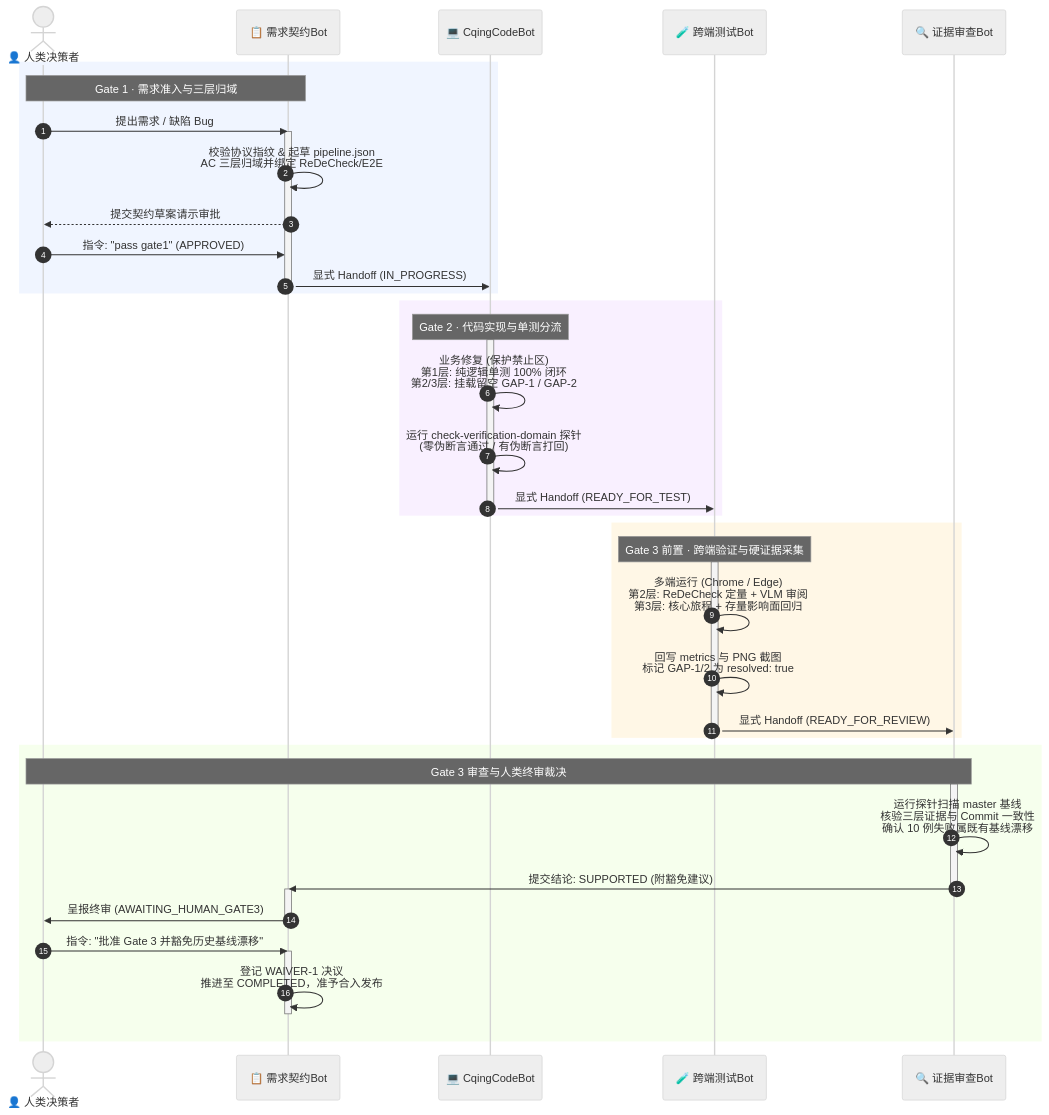
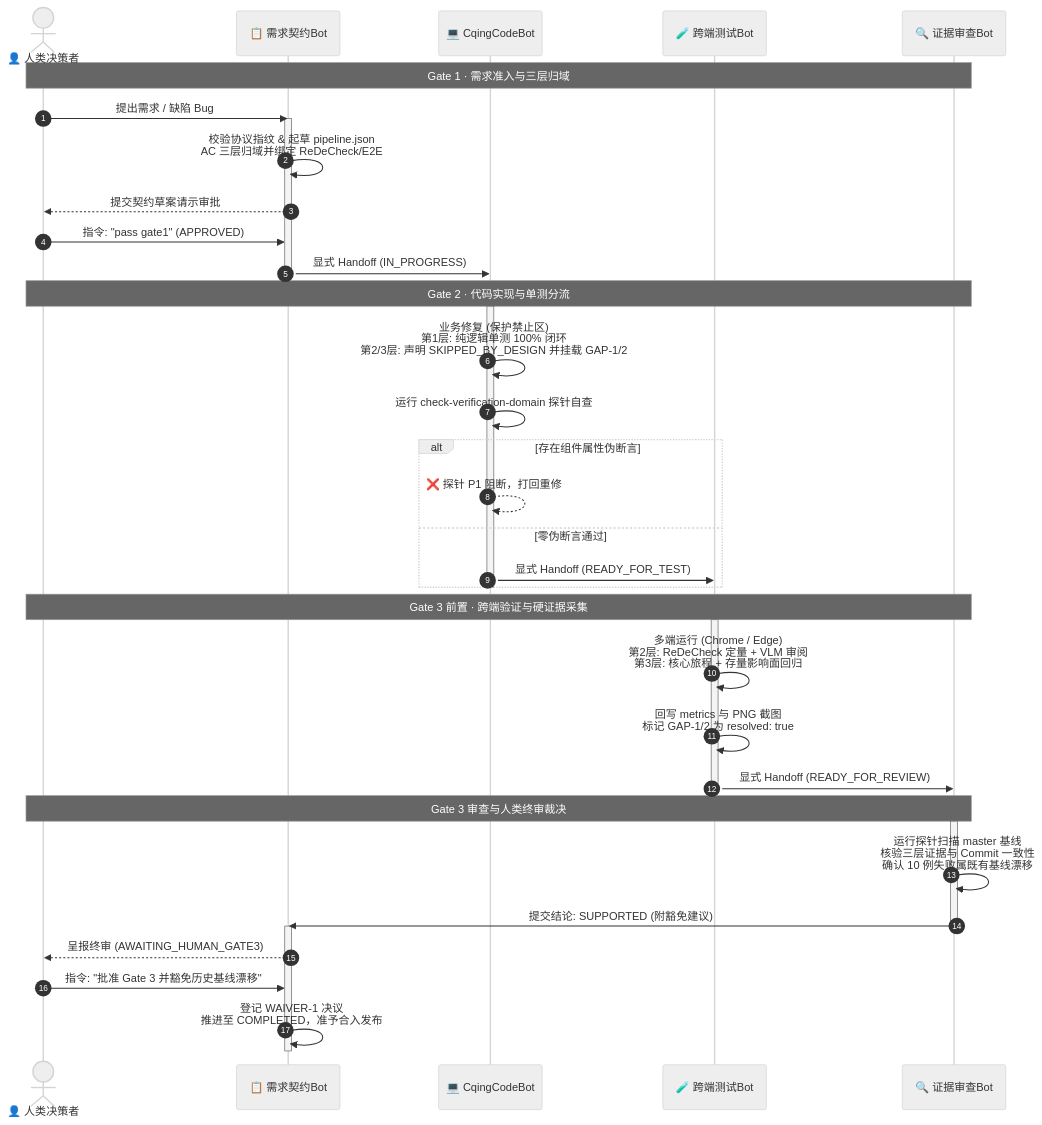
One commit to heycqing/orca-dev-squad changed the fourth of 5 diagrams in _shared/研发测试小分队交付协议演进对比报告（v1.0至v1.4）.md. Above: the diagram before and after it, drawn with Mermaid (neutral theme). The commit also changed other lines of this file, not shown here.

````diff
--- a/_shared/研发测试小分队交付协议演进对比报告（v1.0至v1.4）.md
+++ b/_shared/研发测试小分队交付协议演进对比报告（v1.0至v1.4）.md
@@ -237,53 +237,47 @@
 ```mermaid
 sequenceDiagram
     autonumber
     actor User as 👤 人类决策者
     participant ReqBot as 📋 需求契约Bot
     participant CodeBot as 💻 CqingCodeBot
     participant TestBot as 🧪 跨端测试Bot
     participant ReviewBot as 🔍 证据审查Bot
 
-    rect rgb(240, 245, 255)
-    Note over User,ReqBot: Gate 1 · 需求准入与三层归域
+    Note over User,ReviewBot: Gate 1 · 需求准入与三层归域
     User->>ReqBot: 提出需求 / 缺陷 Bug
     activate ReqBot
     ReqBot->>ReqBot: 校验协议指纹 & 起草 pipeline.json<br/>AC 三层归域并绑定 ReDeCheck/E2E
     ReqBot-->>User: 提交契约草案请示审批
     User->>ReqBot: 指令: "pass gate1" (APPROVED)
     ReqBot->>CodeBot: 显式 Handoff (IN_PROGRESS)
     deactivate ReqBot
+
+    Note over User,ReviewBot: Gate 2 · 代码实现与单测分流
+    activate CodeBot
+    CodeBot->>CodeBot: 业务修复 (保护禁止区)<br/>第1层: 纯逻辑单测 100% 闭环<br/>第2/3层: 声明 SKIPPED_BY_DESIGN 并挂载 GAP-1/2
+    CodeBot->>CodeBot: 运行 check-verification-domain 探针自查
+    alt 存在组件属性伪断言
+        CodeBot-->>CodeBot: ❌ 探针 P1 阻断，打回重修
+    else 零伪断言通过
+        CodeBot->>TestBot: 显式 Handoff (READY_FOR_TEST)
     end
+    deactivate CodeBot
 
-    rect rgb(249, 240, 255)
-    Note over CodeBot: Gate 2 · 代码实现与单测分流
-    activate CodeBot
-    CodeBot->>CodeBot: 业务修复 (保护禁止区)<br/>第1层: 纯逻辑单测 100% 闭环<br/>第2/3层: 挂载留空 GAP-1 / GAP-2
-    CodeBot->>CodeBot: 运行 check-verification-domain 探针<br/>(零伪断言通过 / 有伪断言打回)
-    CodeBot->>TestBot: 显式 Handoff (READY_FOR_TEST)
-    deactivate CodeBot
-    end
-
-    rect rgb(255, 247, 230)
-    Note over TestBot: Gate 3 前置 · 跨端验证与硬证据采集
+    Note over User,ReviewBot: Gate 3 前置 · 跨端验证与硬证据采集
     activate TestBot
     TestBot->>TestBot: 多端运行 (Chrome / Edge)<br/>第2层: ReDeCheck 定量 + VLM 审阅<br/>第3层: 核心旅程 + 存量影响面回归
     TestBot->>TestBot: 回写 metrics 与 PNG 截图<br/>标记 GAP-1/2 为 resolved: true
     TestBot->>ReviewBot: 显式 Handoff (READY_FOR_REVIEW)
     deactivate TestBot
-    end
 
-    rect rgb(246, 255, 237)
-    Note over ReviewBot,User: Gate 3 审查与人类终审裁决
+    Note over User,ReviewBot: Gate 3 审查与人类终审裁决
     activate ReviewBot
     ReviewBot->>ReviewBot: 运行探针扫描 master 基线<br/>核验三层证据与 Commit 一致性<br/>确认 10 例失败属既有基线漂移
     ReviewBot->>ReqBot: 提交结论: SUPPORTED (附豁免建议)
     deactivate ReviewBot
     activate ReqBot
-    ReqBot->>User: 呈报终审 (AWAITING_HUMAN_GATE3)
-    deactivate ReqBot
+    ReqBot-->>User: 呈报终审 (AWAITING_HUMAN_GATE3)
     User->>ReqBot: 指令: "批准 Gate 3 并豁免历史基线漂移"
-    activate ReqBot
     ReqBot->>ReqBot: 登记 WAIVER-1 决议<br/>推进至 COMPLETED，准予合入发布
     deactivate ReqBot
-    end
 ```
````
